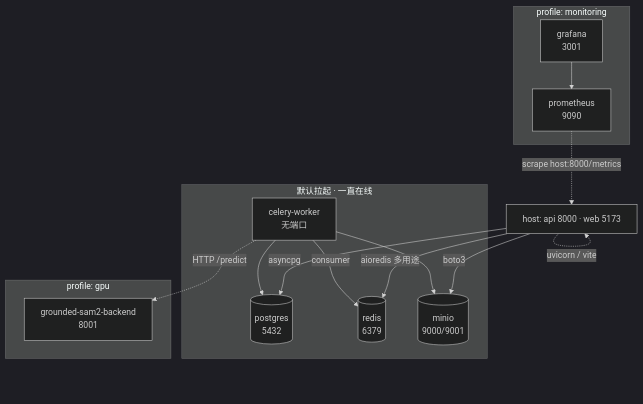
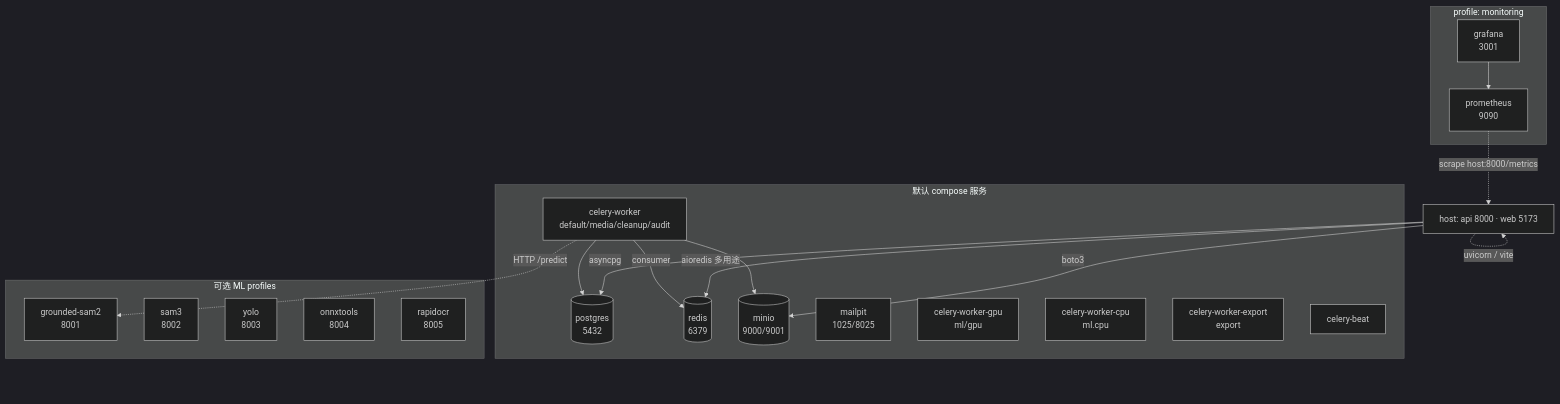
Before and after one commit to yyq19990828/ai-annotation-platform: the diagram in docs-site/dev/concepts/backend-infrastructure.md, drawn with Mermaid (dark theme). The commit also changed other lines of this file and 33 other files, not shown here.

````diff
--- a/docs-site/dev/concepts/backend-infrastructure.md
+++ b/docs-site/dev/concepts/backend-infrastructure.md
@@ -15,26 +15,35 @@
 ```mermaid
 graph TB
-  subgraph Default[默认拉起 · 一直在线]
+  subgraph Default[默认 compose 服务]
     PG[(postgres<br/>5432)]
     RD[(redis<br/>6379)]
     MIO[(minio<br/>9000/9001)]
-    CW[celery-worker<br/>无端口]
+    MAIL[mailpit<br/>1025/8025]
+    CW[celery-worker<br/>default/media/cleanup/audit]
+    CWG[celery-worker-gpu<br/>ml/gpu]
+    CWC[celery-worker-cpu<br/>ml.cpu]
+    CWE[celery-worker-export<br/>export]
+    BEAT[celery-beat]
   end
-  subgraph GPU["profile: gpu"]
-    GSAM[grounded-sam2-backend<br/>8001]
+  subgraph GPU["可选 ML profiles"]
+    GSAM[grounded-sam2<br/>8001]
+    SAM3[sam3<br/>8002]
+    YOLO[yolo<br/>8003]
+    ONNX[onnxtools<br/>8004]
+    OCR[rapidocr<br/>8005]
   end
   subgraph Mon["profile: monitoring"]
     PROM[prometheus<br/>9090]
     GRAF[grafana<br/>3001]
   end
   Host[host: api 8000 · web 5173] -.uvicorn / vite.-> Host
   Host -->|asyncpg| PG
   Host -->|aioredis 多用途| RD
   Host -->|boto3| MIO
   CW -->|consumer| RD
   CW --> PG
   CW --> MIO
   CW -.HTTP /predict.-> GSAM
   PROM -.scrape host:8000/metrics.-> Host
   GRAF --> PROM
 ```
````
